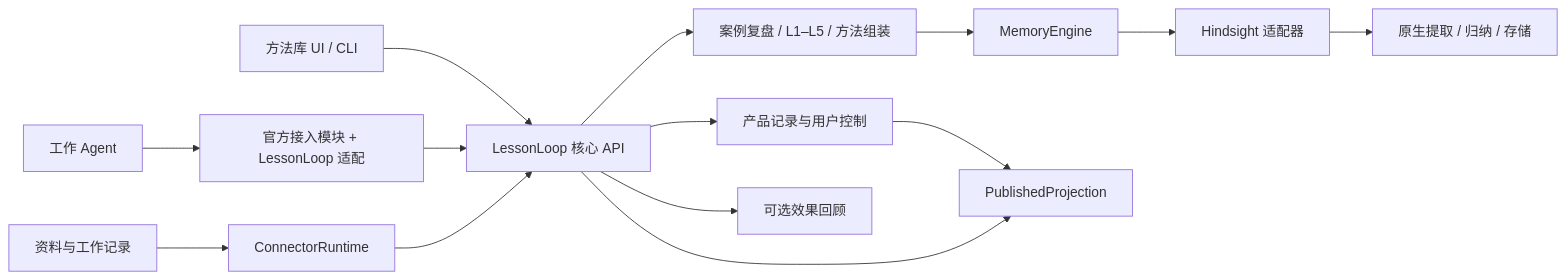
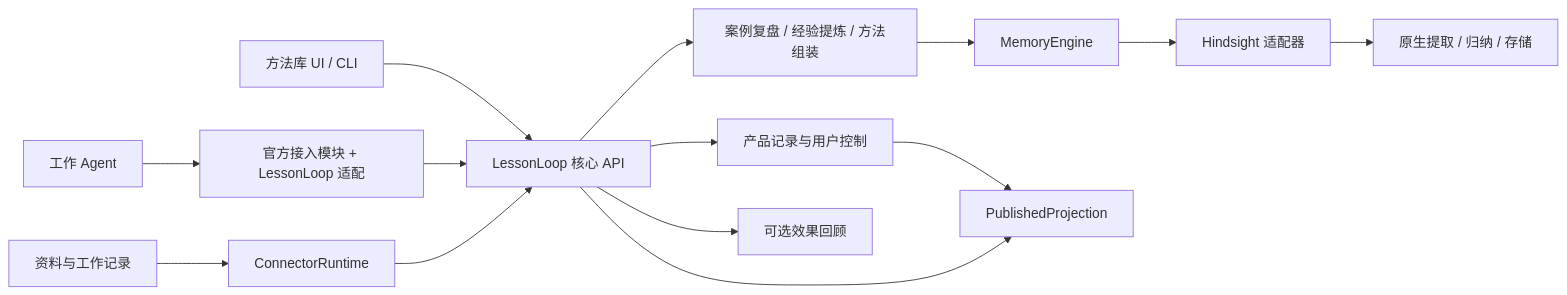
One commit to cubika/LessonLoop changed the diagram in docs/03-architecture.md. Above: the diagram before and after it, drawn with Mermaid. The commit also changed other lines of this file and 24 other files, not shown here.

````diff
--- a/docs/03-architecture.md
+++ b/docs/03-architecture.md
@@ -7,16 +7,16 @@
 ```mermaid
 flowchart LR
     Agent[工作 Agent] --> Adapter[官方接入模块 + LessonLoop 适配]
     External[资料与工作记录] --> Connector[ConnectorRuntime]
     UI[方法库 UI / CLI] --> Core[LessonLoop 核心 API]
     Adapter --> Core
     Connector --> Core
-    Core --> Learning[案例复盘 / L1–L5 / 方法组装]
+    Core --> Learning[案例复盘 / 经验提炼 / 方法组装]
     Core --> Store[产品记录与用户控制]
     Learning --> Engine[MemoryEngine]
     Engine --> H[Hindsight 适配器]
     H --> Native[原生提取 / 归纳 / 存储]
     Store --> Index[PublishedProjection]
     Core --> Index
     Core --> Review[可选效果回顾]
 ```
````
